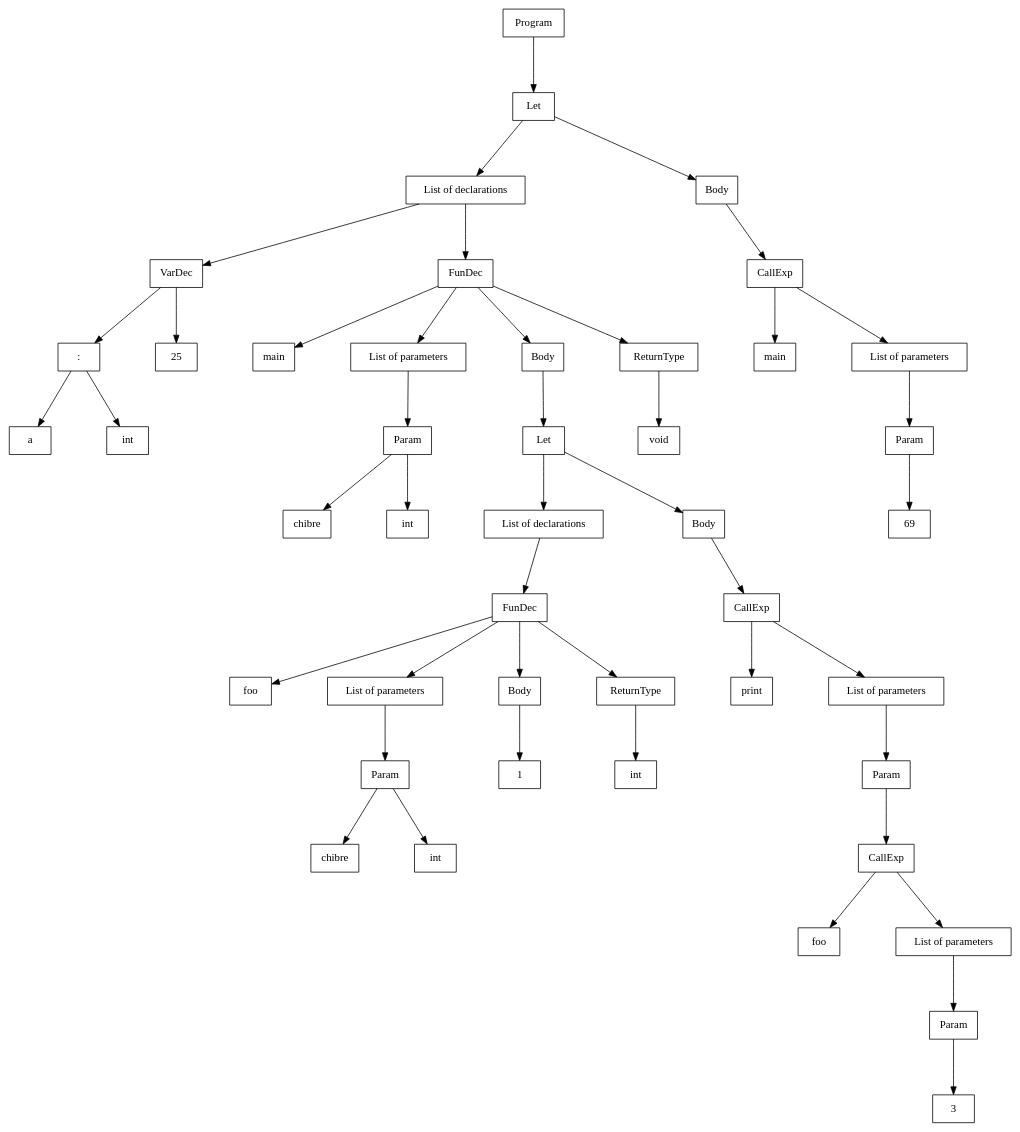
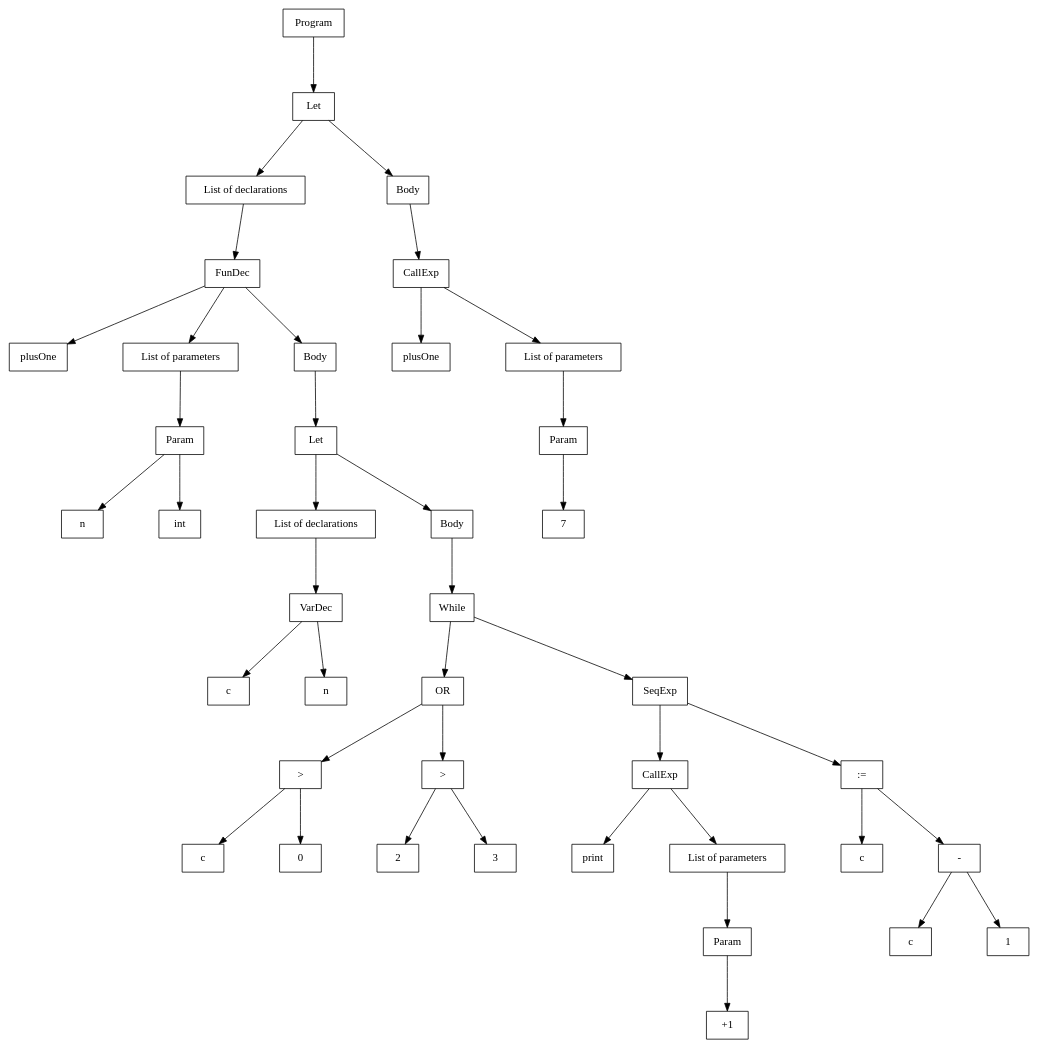
One commit to BigBaz54/Tiger_compiler changed the diagram in out/tree.dot. Above: the diagram before and after it, drawn with Graphviz. The commit also changed 12 other files, not shown here.

```diff
--- a/out/tree.dot
+++ b/out/tree.dot
@@ -1,96 +1,88 @@
 digraph "ast"{
 
 	nodesep=1;
 	ranksep=1;
 
 	N1 [label="Let", shape="box"];
 	N2 [label="List of declarations", shape="box"];
-	N3 [label="VarDec", shape="box"];
-	N4 [label=":", shape="box"];
-	N5 [label="a", shape="box"];
-	N6 [label="int", shape="box"];
-	N7 [label="25", shape="box"];
-	N8 [label="FunDec", shape="box"];
-	N9 [label="main", shape="box"];
-	N10 [label="List of parameters", shape="box"];
-	N11 [label="chibre", shape="box"];
-	N12 [label="int", shape="box"];
-	N13 [label="Param", shape="box"];
-	N14 [label="Body", shape="box"];
-	N15 [label="Let", shape="box"];
-	N16 [label="List of declarations", shape="box"];
-	N17 [label="FunDec", shape="box"];
-	N18 [label="foo", shape="box"];
-	N19 [label="List of parameters", shape="box"];
-	N20 [label="chibre", shape="box"];
-	N21 [label="int", shape="box"];
-	N22 [label="Param", shape="box"];
-	N23 [label="Body", shape="box"];
-	N24 [label="1", shape="box"];
-	N25 [label="ReturnType", shape="box"];
-	N26 [label="int", shape="box"];
-	N27 [label="Body", shape="box"];
-	N28 [label="CallExp", shape="box"];
-	N29 [label="print", shape="box"];
-	N30 [label="List of parameters", shape="box"];
-	N31 [label="CallExp", shape="box"];
-	N32 [label="foo", shape="box"];
-	N33 [label="List of parameters", shape="box"];
-	N34 [label="3", shape="box"];
-	N35 [label="Param", shape="box"];
-	N36 [label="Param", shape="box"];
-	N37 [label="ReturnType", shape="box"];
-	N38 [label="void", shape="box"];
-	N39 [label="Body", shape="box"];
-	N40 [label="CallExp", shape="box"];
-	N41 [label="main", shape="box"];
-	N42 [label="List of parameters", shape="box"];
-	N43 [label="69", shape="box"];
-	N44 [label="Param", shape="box"];
+	N3 [label="FunDec", shape="box"];
+	N4 [label="plusOne", shape="box"];
+	N5 [label="List of parameters", shape="box"];
+	N6 [label="n", shape="box"];
+	N7 [label="int", shape="box"];
+	N8 [label="Param", shape="box"];
+	N9 [label="Body", shape="box"];
+	N10 [label="Let", shape="box"];
+	N11 [label="List of declarations", shape="box"];
+	N12 [label="VarDec", shape="box"];
+	N13 [label="c", shape="box"];
+	N14 [label="n", shape="box"];
+	N15 [label="Body", shape="box"];
+	N16 [label="While", shape="box"];
+	N17 [label="OR", shape="box"];
+	N18 [label=">", shape="box"];
+	N19 [label="c", shape="box"];
+	N20 [label="0", shape="box"];
+	N21 [label=">", shape="box"];
+	N22 [label="2", shape="box"];
+	N23 [label="3", shape="box"];
+	N24 [label="SeqExp", shape="box"];
+	N25 [label="CallExp", shape="box"];
+	N26 [label="print", shape="box"];
+	N27 [label="List of parameters", shape="box"];
+	N28 [label="+1", shape="box"];
+	N29 [label="Param", shape="box"];
+	N30 [label=":=", shape="box"];
+	N31 [label="c", shape="box"];
+	N32 [label="-", shape="box"];
+	N33 [label="c", shape="box"];
+	N34 [label="1", shape="box"];
+	N35 [label="Body", shape="box"];
+	N36 [label="CallExp", shape="box"];
+	N37 [label="plusOne", shape="box"];
+	N38 [label="List of parameters", shape="box"];
+	N39 [label="7", shape="box"];
+	N40 [label="Param", shape="box"];
 	N0 [label="Program", shape="box"];
 
 	N1 -> N2; 
-	N4 -> N5; 
-	N4 -> N6; 
+	N8 -> N6; 
+	N8 -> N7; 
+	N5 -> N8; 
+	N10 -> N11; 
+	N12 -> N13; 
+	N12 -> N14; 
+	N11 -> N12; 
+	N10 -> N15; 
+	N18 -> N19; 
+	N18 -> N20; 
+	N21 -> N22; 
+	N21 -> N23; 
+	N17 -> N18; 
+	N17 -> N21; 
+	N25 -> N26; 
+	N29 -> N28; 
+	N27 -> N29; 
+	N25 -> N27; 
+	N24 -> N25; 
+	N30 -> N31; 
+	N32 -> N33; 
+	N32 -> N34; 
+	N30 -> N32; 
+	N24 -> N30; 
+	N16 -> N17; 
+	N16 -> N24; 
+	N15 -> N16; 
 	N3 -> N4; 
-	N3 -> N7; 
+	N3 -> N5; 
+	N3 -> N9; 
+	N9 -> N10; 
 	N2 -> N3; 
-	N13 -> N11; 
-	N13 -> N12; 
-	N10 -> N13; 
-	N15 -> N16; 
-	N22 -> N20; 
-	N22 -> N21; 
-	N19 -> N22; 
-	N17 -> N18; 
-	N17 -> N19; 
-	N17 -> N23; 
-	N23 -> N24; 
-	N17 -> N25; 
-	N25 -> N26; 
-	N16 -> N17; 
-	N15 -> N27; 
-	N28 -> N29; 
-	N31 -> N32; 
-	N35 -> N34; 
-	N33 -> N35; 
-	N31 -> N33; 
-	N36 -> N31; 
-	N30 -> N36; 
-	N28 -> N30; 
-	N27 -> N28; 
-	N8 -> N9; 
-	N8 -> N10; 
-	N8 -> N14; 
-	N14 -> N15; 
-	N8 -> N37; 
-	N37 -> N38; 
-	N2 -> N8; 
-	N1 -> N39; 
-	N40 -> N41; 
-	N44 -> N43; 
-	N42 -> N44; 
-	N40 -> N42; 
-	N39 -> N40; 
+	N1 -> N35; 
+	N36 -> N37; 
+	N40 -> N39; 
+	N38 -> N40; 
+	N36 -> N38; 
+	N35 -> N36; 
 	N0 -> N1; 
 }
```
